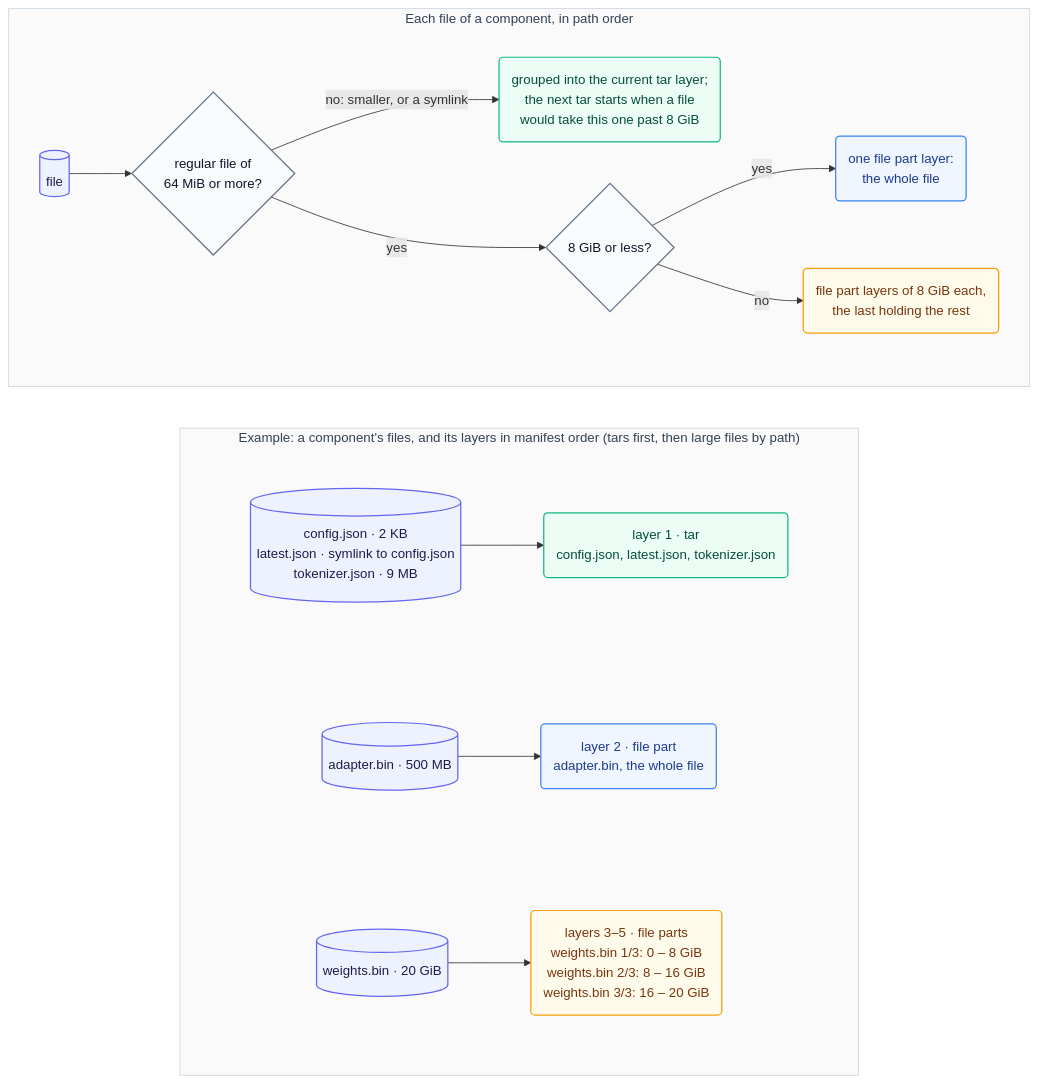
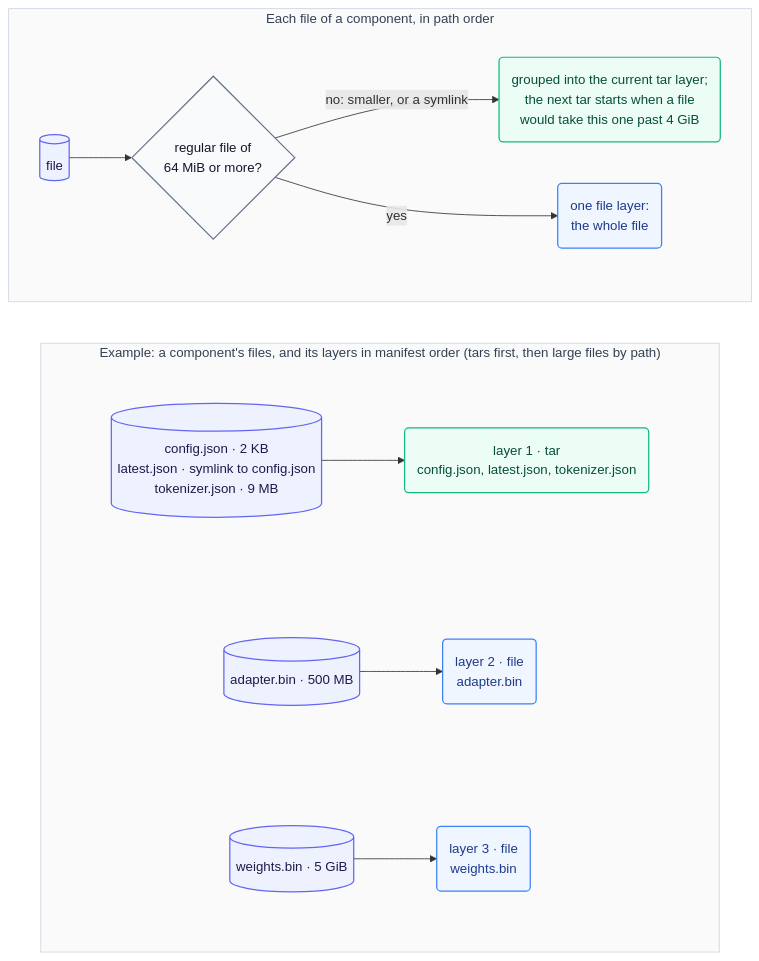
Before and after one commit to alejandro-velasco/bomify: the diagram in docs/diagrams/component-layers.mmd, drawn with Mermaid. The commit also changed 18 other files, not shown here.

First line of the commit message:
feat(push): store each large file as one layer, never split

```diff
--- a/docs/diagrams/component-layers.mmd
+++ b/docs/diagrams/component-layers.mmd
@@ -1,54 +1,48 @@
 %%{init: {"flowchart": {"wrappingWidth": 320}}}%%
 flowchart TB
     classDef local fill:#EEF2FF,stroke:#6366F1,stroke-width:1.5px,color:#1e1b4b
     classDef decision fill:#F8FAFC,stroke:#64748B,stroke-width:1.5px,color:#0f172a
     classDef tar fill:#ECFDF5,stroke:#10B981,stroke-width:1.5px,color:#064e3b
     classDef whole fill:#EFF6FF,stroke:#3B82F6,stroke-width:1.5px,color:#1e3a8a
-    classDef part fill:#FFFBEB,stroke:#F59E0B,stroke-width:1.5px,color:#78350f
 
     subgraph Rule["Each file of a component, in path order"]
         direction LR
         File[("file")]
         Large{"regular file of<br/>64 MiB or more?"}
-        Fits{"8 GiB or less?"}
-        Grouped("grouped into the current tar layer;<br/>the next tar starts when a file<br/>would take this one past 8 GiB")
-        Whole("one file part layer:<br/>the whole file")
-        Parts("file part layers of 8 GiB each,<br/>the last holding the rest")
+        Grouped("grouped into the current tar layer;<br/>the next tar starts when a file<br/>would take this one past 4 GiB")
+        Whole("one file layer:<br/>the whole file")
 
         File --> Large
         Large -- "no: smaller, or a symlink" --> Grouped
-        Large -- yes --> Fits
-        Fits -- yes --> Whole
-        Fits -- no --> Parts
+        Large -- yes --> Whole
     end
 
     subgraph Example["Example: a component's files, and its layers in manifest order (tars first, then large files by path)"]
         direction TB
         subgraph Row1[" "]
             direction LR
             R1File[("config.json · 2 KB<br/>latest.json · symlink to config.json<br/>tokenizer.json · 9 MB")] --> R1Layer("layer 1 · tar<br/>config.json, latest.json, tokenizer.json")
         end
         subgraph Row2[" "]
             direction LR
-            R2File[("adapter.bin · 500 MB")] --> R2Layer("layer 2 · file part<br/>adapter.bin, the whole file")
+            R2File[("adapter.bin · 500 MB")] --> R2Layer("layer 2 · file<br/>adapter.bin")
         end
         subgraph Row3[" "]
             direction LR
-            R3File[("weights.bin · 20 GiB")] --> R3Layer("layers 3–5 · file parts<br/>weights.bin 1/3: 0 – 8 GiB<br/>weights.bin 2/3: 8 – 16 GiB<br/>weights.bin 3/3: 16 – 20 GiB")
+            R3File[("weights.bin · 5 GiB")] --> R3Layer("layer 3 · file<br/>weights.bin")
         end
         Row1 ~~~ Row2 ~~~ Row3
     end
 
 
     Rule ~~~ Example
 
     class File,R1File,R2File,R3File local
-    class Large,Fits decision
+    class Large decision
     class Grouped,R1Layer tar
-    class Whole,R2Layer whole
-    class Parts,R3Layer part
+    class Whole,R2Layer,R3Layer whole
     style Rule fill:#FAFAFA,stroke:#CBD5E1,stroke-width:1px,color:#334155
     style Example fill:#FAFAFA,stroke:#CBD5E1,stroke-width:1px,color:#334155
     style Row1 fill:none,stroke:none
     style Row2 fill:none,stroke:none
     style Row3 fill:none,stroke:none
```
